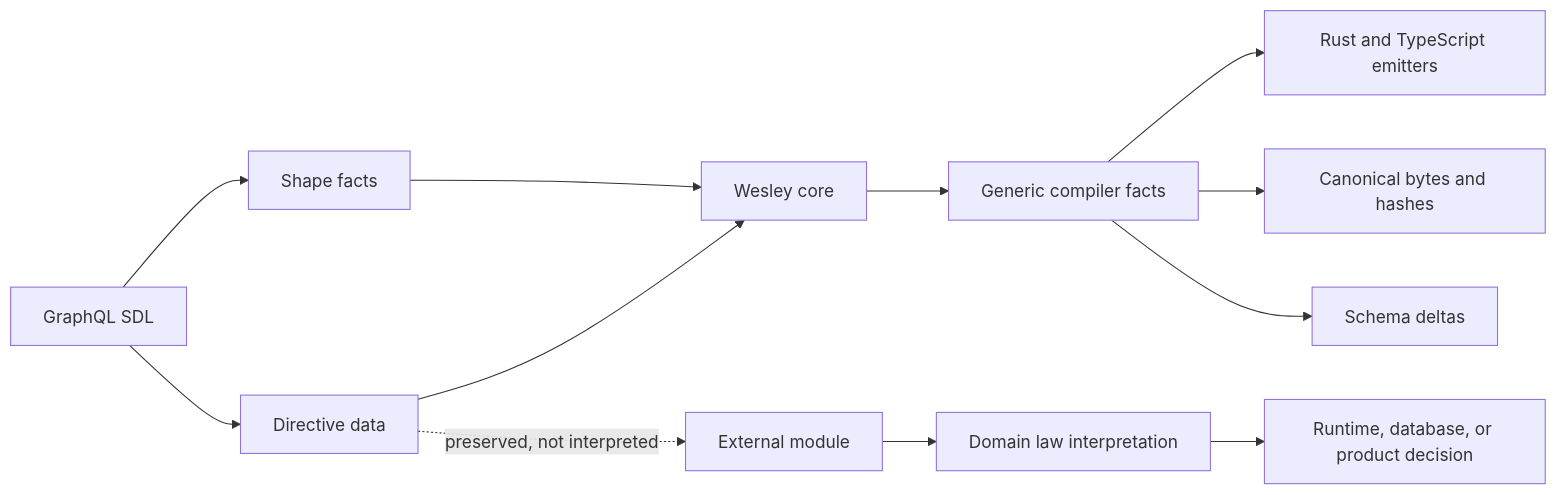
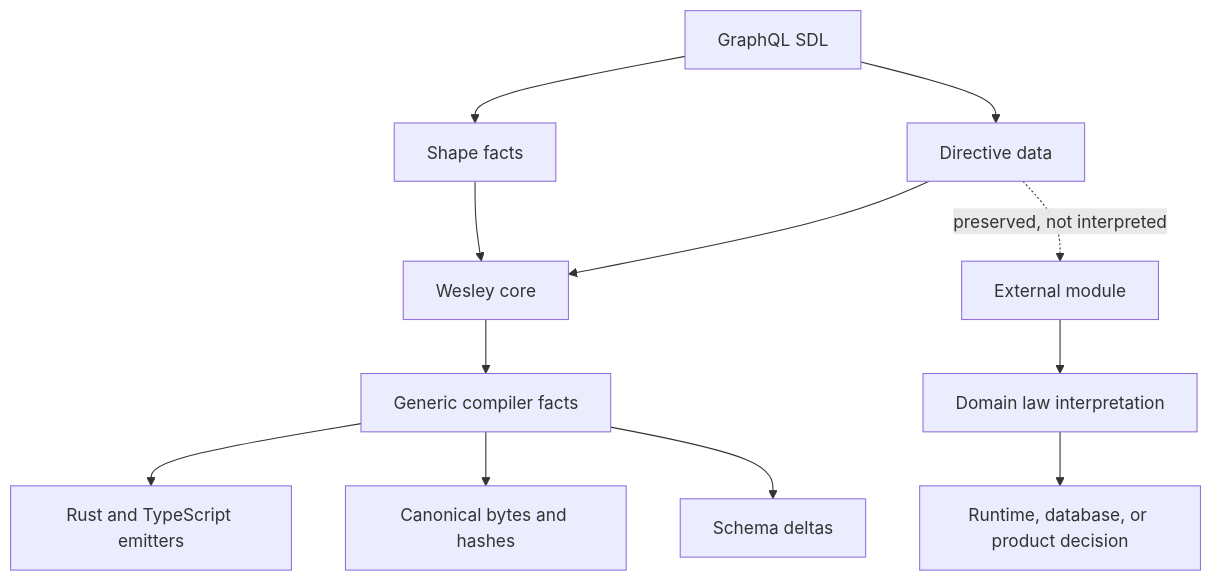
The third of 23 diagrams in docs/END_TO_END.md (flyingrobots/wesley), drawn with Mermaid before and after one commit. The commit also changed other lines of this file and 19 other files, not shown here.

````diff
--- a/docs/END_TO_END.md
+++ b/docs/END_TO_END.md
@@ -139,16 +139,16 @@
 ```mermaid
-flowchart LR
+flowchart TD
     SDL[GraphQL SDL] --> Shape[Shape facts]
     SDL --> DirectiveData[Directive data]
     Shape --> Wesley[Wesley core]
     DirectiveData --> Wesley
 
     Wesley --> GenericFacts[Generic compiler facts]
     GenericFacts --> Emitters[Rust and TypeScript emitters]
     GenericFacts --> Hashing[Canonical bytes and hashes]
     GenericFacts --> Diffs[Schema deltas]
 
     DirectiveData -. preserved, not interpreted .-> Module[External module]
     Module --> DomainLaw[Domain law interpretation]
     DomainLaw --> RuntimeDecision[Runtime, database, or product decision]
 ```
````
